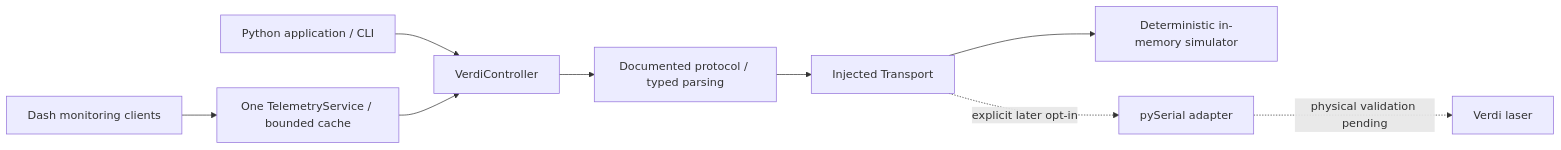
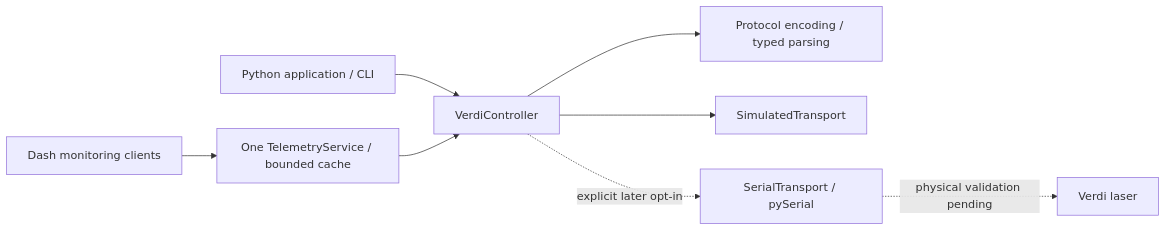
Before and after one commit to cct1123/coherent-verdi-control: the diagram in README.md, drawn with Mermaid. The commit also changed other lines of this file and 29 other files, not shown here.

````diff
--- a/README.md
+++ b/README.md
@@ -148,11 +148,10 @@
 ```mermaid
 flowchart LR
     API[Python application / CLI] --> C[VerdiController]
     D[Dash monitoring clients] --> T[One TelemetryService / bounded cache]
     T --> C
-    C --> P[Documented protocol / typed parsing]
-    P --> X[Injected Transport]
-    X --> S[Deterministic in-memory simulator]
-    X -. explicit later opt-in .-> R[pySerial adapter]
+    C --> P[Protocol encoding / typed parsing]
+    C --> S[SimulatedTransport]
+    C -. explicit later opt-in .-> R[SerialTransport / pySerial]
     R -. physical validation pending .-> V[Verdi laser]
 ```
````
